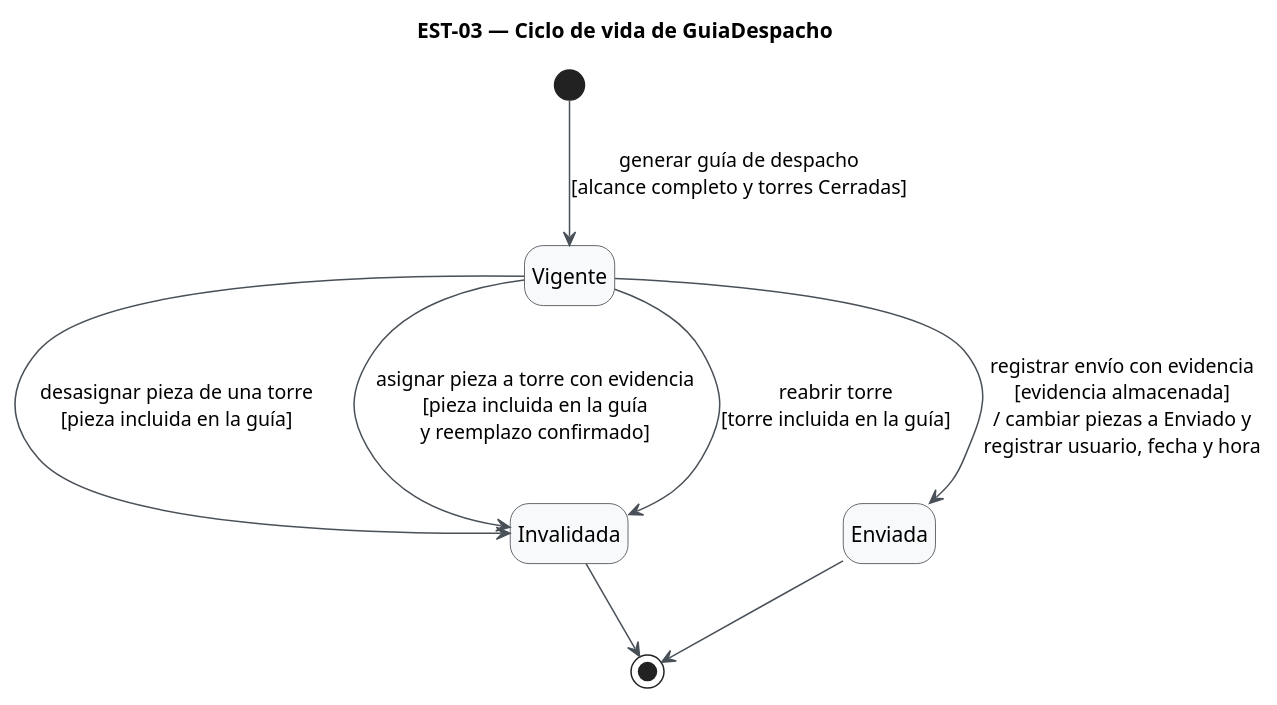
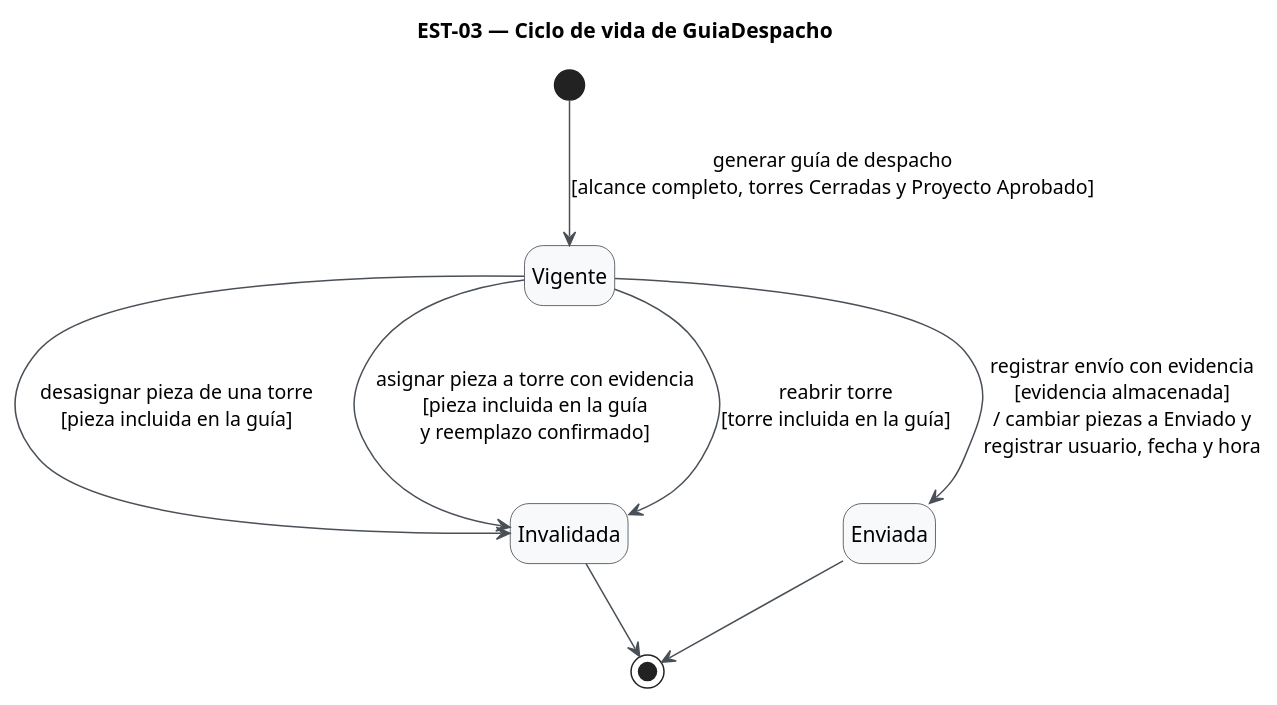
One commit to Foyzen-Kaze/snapsip changed the diagram in diagramas/est-03.puml. Above: the diagram before and after it, drawn with PlantUML. The commit also changed 5 other files, not shown here.

Commit message:
Diagramas y su documentacion actualizados

```diff
--- a/diagramas/est-03.puml
+++ b/diagramas/est-03.puml
@@ -1,20 +1,20 @@
 @startuml est-03
 title EST-03 — Ciclo de vida de GuiaDespacho
 hide empty description
 skinparam shadowing false
 skinparam state {
   BackgroundColor #F8F9FA
   BorderColor #343A40
   ArrowColor #495057
   StartColor #343A40
   EndColor #343A40
 }
 
-[*] --> Vigente : generar guía de despacho\n[alcance completo y torres Cerradas]
+[*] --> Vigente : generar guía de despacho\n[alcance completo, torres Cerradas y Proyecto Aprobado]
 Vigente --> Invalidada : desasignar pieza de una torre\n[pieza incluida en la guía]
 Vigente --> Invalidada : asignar pieza a torre con evidencia\n[pieza incluida en la guía\ny reemplazo confirmado]
 Vigente --> Invalidada : reabrir torre\n[torre incluida en la guía]
 Vigente --> Enviada : registrar envío con evidencia\n[evidencia almacenada]\n/ cambiar piezas a Enviado y\nregistrar usuario, fecha y hora
 Invalidada --> [*]
 Enviada --> [*]
 @enduml
```
